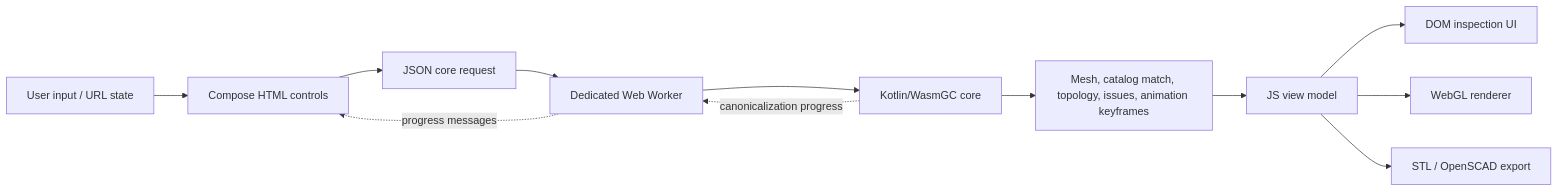
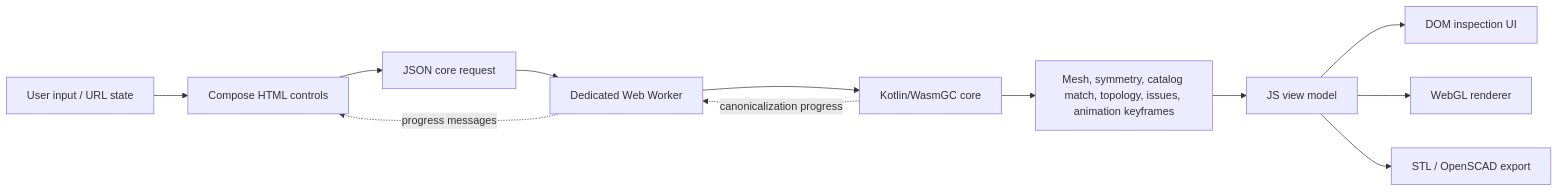
One commit to elizarov/PolyhedraExplorer changed the diagram in docs/architecture.md. Above: the diagram before and after it, drawn with Mermaid. The commit also changed other lines of this file and 24 other files, not shown here.

````diff
--- a/docs/architecture.md
+++ b/docs/architecture.md
@@ -28,14 +28,14 @@
 ```mermaid
 flowchart LR
     U["User input / URL state"] --> C["Compose HTML controls"]
     C --> B["JSON core request"]
     B --> Q["Dedicated Web Worker"]
     Q --> W["Kotlin/WasmGC core"]
-    W --> R["Mesh, catalog match, topology, issues, animation keyframes"]
+    W --> R["Mesh, symmetry, catalog match, topology, issues, animation keyframes"]
     W -. "canonicalization progress" .-> Q
     Q -. "progress messages" .-> C
     R --> V["JS view model"]
     V --> D["DOM inspection UI"]
     V --> G["WebGL renderer"]
     V --> E["STL / OpenSCAD export"]
 ```
````
